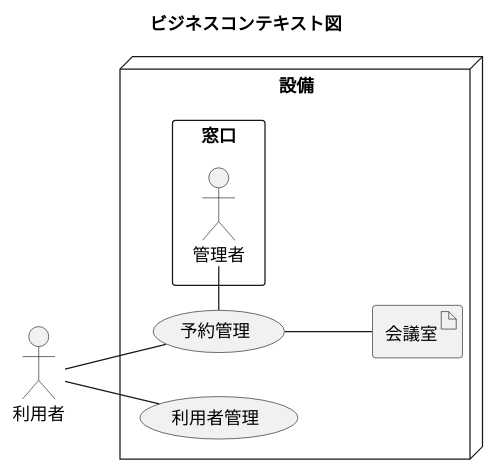
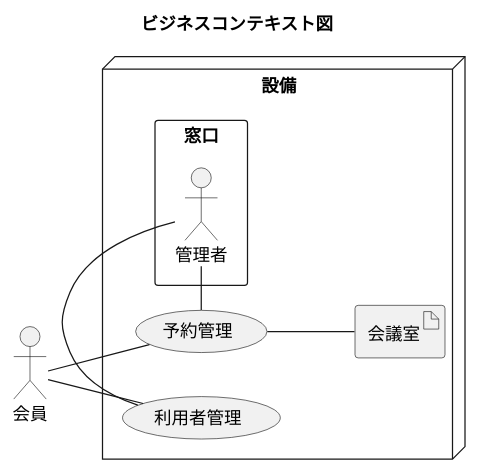
One commit to k2works/case-study-mrs changed the third of 19 diagrams in docs/index.adoc. Above: the diagram before and after it, drawn with PlantUML. The commit also changed other lines of this file and 21 other files, not shown here.

```diff
--- a/docs/index.adoc
+++ b/docs/index.adoc
@@ -92,26 +104,27 @@
 [plantuml]
 ----
 @startuml
 
 title ビジネスコンテキスト図
 
 left to right direction
 
-actor 利用者 as ac_01
+actor 会員 as ac_01
 
 node 設備 {
   rectangle 窓口 {
     actor 管理者 as ac_02
   }
   usecase 予約管理 as uc_01
   usecase 利用者管理 as uc_02
   artifact 会議室 as ar_01
 }
 
 ac_01 -- (uc_01)
 ac_01 -- (uc_02)
 (uc_01) -- (ar_01)
 (uc_01) - ac_02
+(uc_02) - ac_02
 
 @enduml
 ----
```
